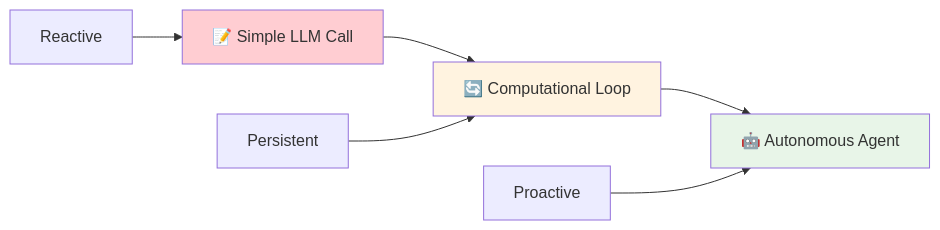
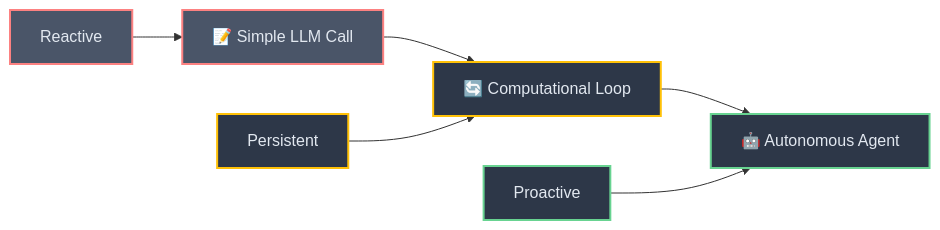
The second of 6 diagrams in Part_II_Section_4_From_Instruction_to_Autonomous_System.md (josemlopez/prompt_tutorial), drawn with Mermaid before and after one commit. The commit also changed other lines of this file and 7 other files, not shown here.

````diff
--- a/Part_II_Section_4_From_Instruction_to_Autonomous_System.md
+++ b/Part_II_Section_4_From_Instruction_to_Autonomous_System.md
@@ -36,13 +37,16 @@
 ```mermaid
 graph LR
-    A[📝 Simple LLM Call] --> B[🔄 Computational Loop]
-    B --> C[🤖 Autonomous Agent]
-    
-    A1[Reactive] --> A
-    B1[Persistent] --> B
-    C1[Proactive] --> C
-    
-    style A fill:#ffcdd2
-    style B fill:#fff3e0
-    style C fill:#e8f5e8
+   A[📝 Simple LLM Call] --> B[🔄 Computational Loop]
+   B --> C[🤖 Autonomous Agent]
+   
+   A1[Reactive] --> A
+   B1[Persistent] --> B
+   C1[Proactive] --> C
+   
+   style A fill:#4a5568,stroke:#fc8181,stroke-width:2px,color:#e2e8f0
+   style B fill:#2d3748,stroke:#ffc107,stroke-width:2px,color:#e2e8f0
+   style C fill:#2d3748,stroke:#68d391,stroke-width:2px,color:#e2e8f0
+   style A1 fill:#4a5568,stroke:#fc8181,stroke-width:2px,color:#e2e8f0
+   style B1 fill:#2d3748,stroke:#ffc107,stroke-width:2px,color:#e2e8f0
+   style C1 fill:#2d3748,stroke:#68d391,stroke-width:2px,color:#e2e8f0
 ```
````
